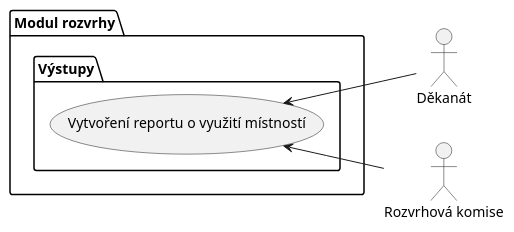
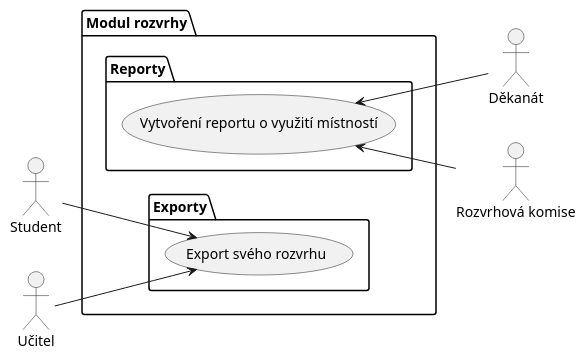
The third of 7 diagrams in seminar-work-template.md (Cross-bit/NSWI041), drawn with PlantUML before and after one commit. The commit also changed other lines of this file, not shown here.

Commit message:
Přidání use case diagramů

````diff
--- a/seminar-work-template.md
+++ b/seminar-work-template.md
@@ -185,20 +214,26 @@
 ```plantuml
 @startuml
 left to right direction
 
 '======== Actors ========
 actor Děkanát
 actor "Rozvrhová komise" as RK
 
 '======== Use Cases ========
 package "Modul rozvrhy" {
-  Package Výstupy {
-    usecase "Vytvoření reportu o využití místností" as UCV1
+  Package Reporty {
+    usecase "Vytvoření reportu o využití místností" as UCA1
+  }
+  Package Exporty {
+    usecase "Export svého rozvrhu" as UCB1
   }
 }
 
 '======== Use case links ========
-UCV1 <-- Děkanát
-UCV1 <-- RK
+Student --> UCB1
+Učitel --> UCB1
+
+UCA1 <-- Děkanát
+UCA1 <-- RK
 @enduml
 ```
````
